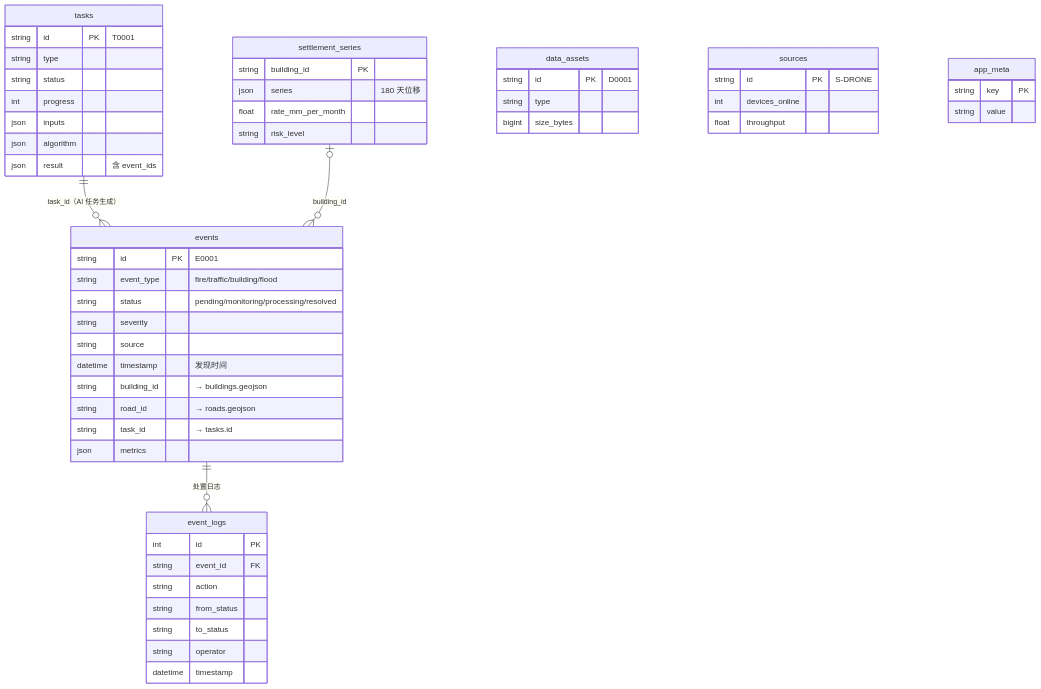
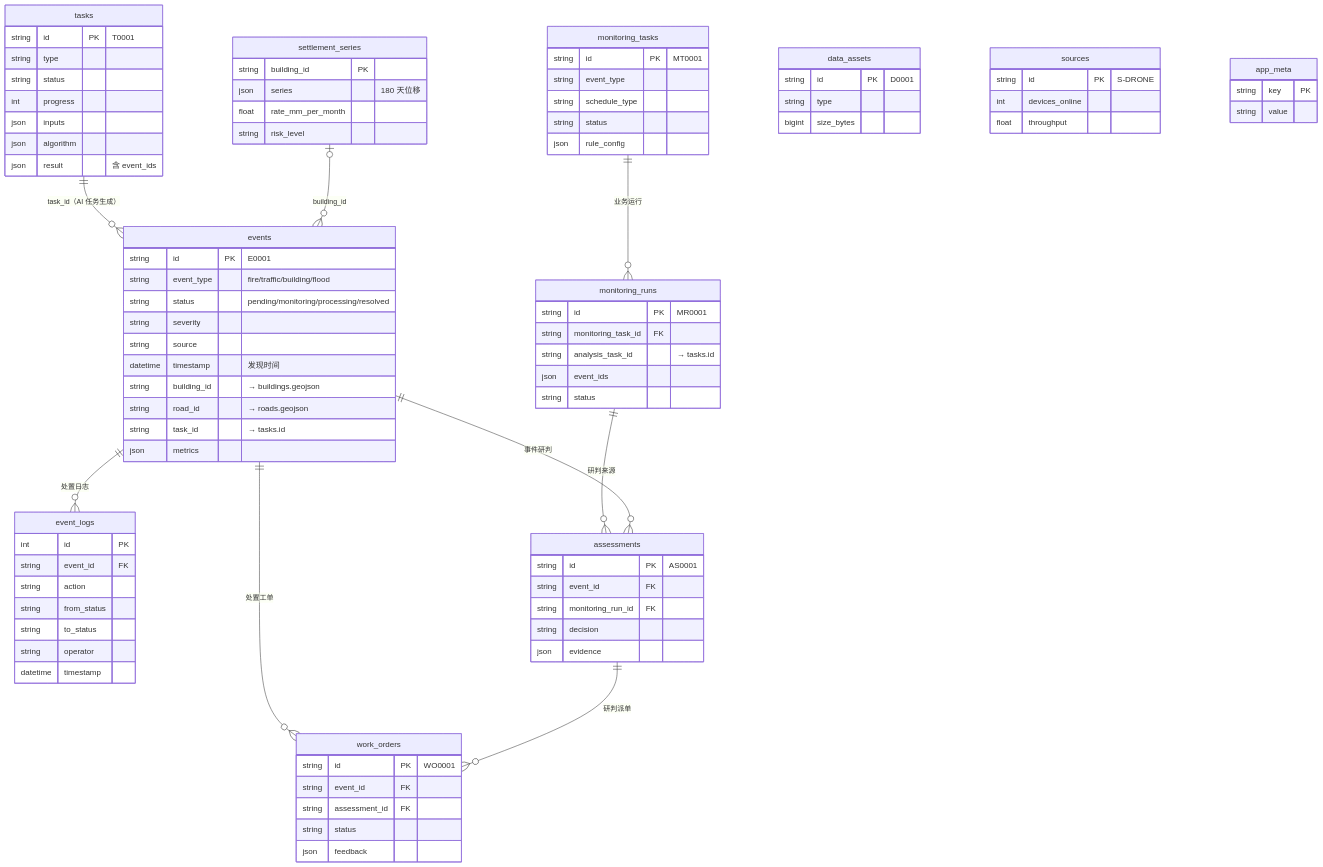
One commit to yapu-0516/wuhan-zhiyan changed the diagram in database/README.md. Above: the diagram before and after it, drawn with Mermaid. The commit also changed other lines of this file and 64 other files, not shown here.

```diff
--- a/database/README.md
+++ b/database/README.md
@@ -10,6 +10,11 @@
 erDiagram
     events ||--o{ event_logs : "处置日志"
     tasks ||--o{ events : "task_id（AI 任务生成）"
+    monitoring_tasks ||--o{ monitoring_runs : "业务运行"
+    monitoring_runs ||--o{ assessments : "研判来源"
+    events ||--o{ assessments : "事件研判"
+    events ||--o{ work_orders : "处置工单"
+    assessments ||--o{ work_orders : "研判派单"
     settlement_series |o--o{ events : "building_id"
     events {
         string id PK "E0001"
@@ -41,6 +46,34 @@
         json algorithm
         json result "含 event_ids"
     }
+    monitoring_tasks {
+        string id PK "MT0001"
+        string event_type
+        string schedule_type
+        string status
+        json rule_config
+    }
+    monitoring_runs {
+        string id PK "MR0001"
+        string monitoring_task_id FK
+        string analysis_task_id "→ tasks.id"
+        json event_ids
+        string status
+    }
+    assessments {
+        string id PK "AS0001"
+        string event_id FK
+        string monitoring_run_id FK
+        string decision
+        json evidence
+    }
+    work_orders {
+        string id PK "WO0001"
+        string event_id FK
+        string assessment_id FK
+        string status
+        json feedback
+    }
     settlement_series {
         string building_id PK
         json series "180 天位移"
```
